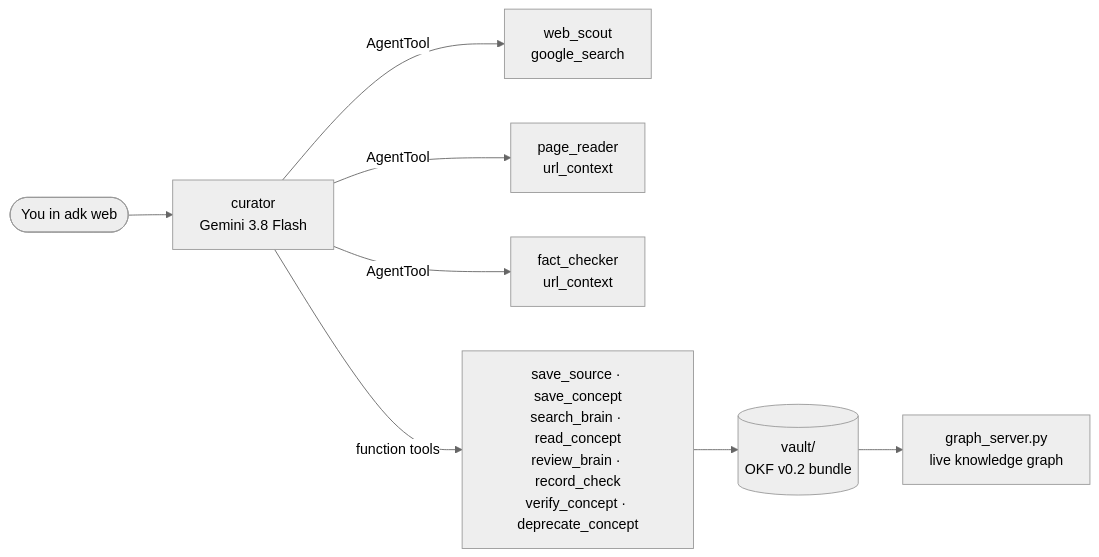
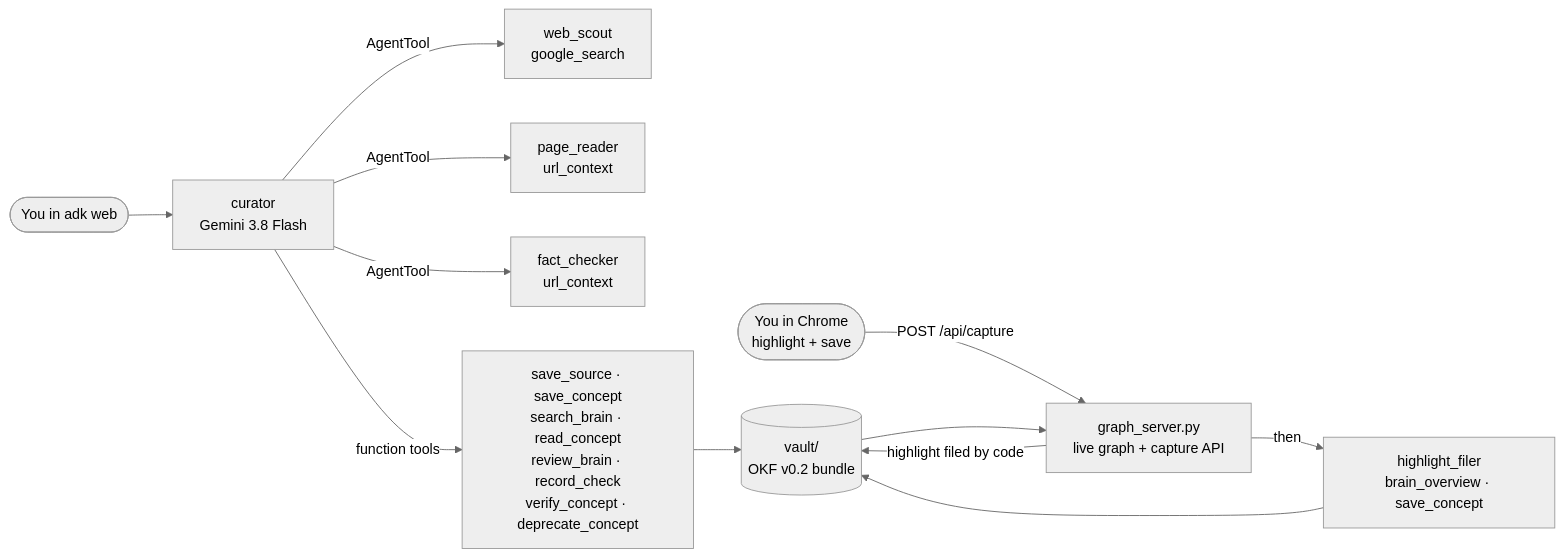
One commit to kuanhoong/second-brain-agent changed the diagram in README.md. Above: the diagram before and after it, drawn with Mermaid (neutral theme). The commit also changed other lines of this file, not shown here.

````diff
--- a/README.md
+++ b/README.md
@@ -43,10 +43,14 @@
 ```mermaid
 flowchart LR
     U([You in adk web]) --> C[curator<br/>Gemini 3.8 Flash]
     C -->|AgentTool| S[web_scout<br/>google_search]
     C -->|AgentTool| R[page_reader<br/>url_context]
     C -->|AgentTool| F[fact_checker<br/>url_context]
     C -->|function tools| T[save_source · save_concept<br/>search_brain · read_concept<br/>review_brain · record_check<br/>verify_concept · deprecate_concept]
+    X([You in Chrome<br/>highlight + save]) -->|POST /api/capture| G
+    G -->|highlight filed by code| V
+    G -->|then| H[highlight_filer<br/>brain_overview · save_concept]
+    H --> V
     T --> V[(vault/<br/>OKF v0.2 bundle)]
-    V --> G[graph_server.py<br/>live knowledge graph]
+    V --> G[graph_server.py<br/>live graph + capture API]
 ```
````
